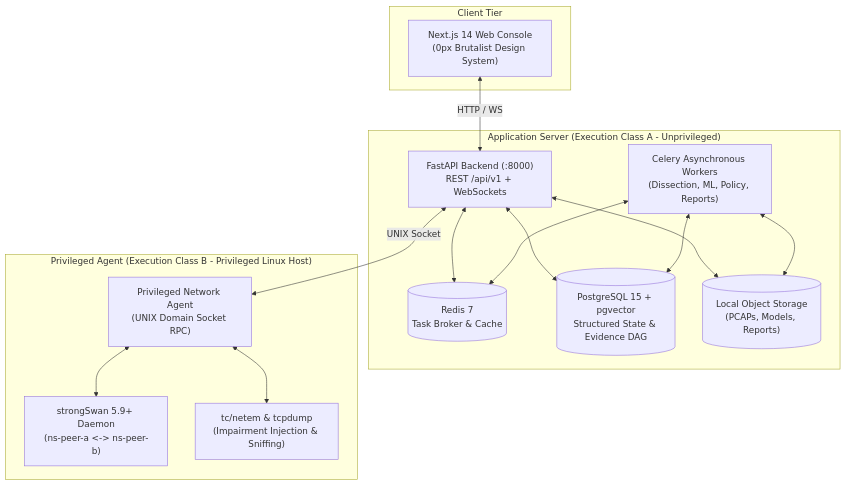
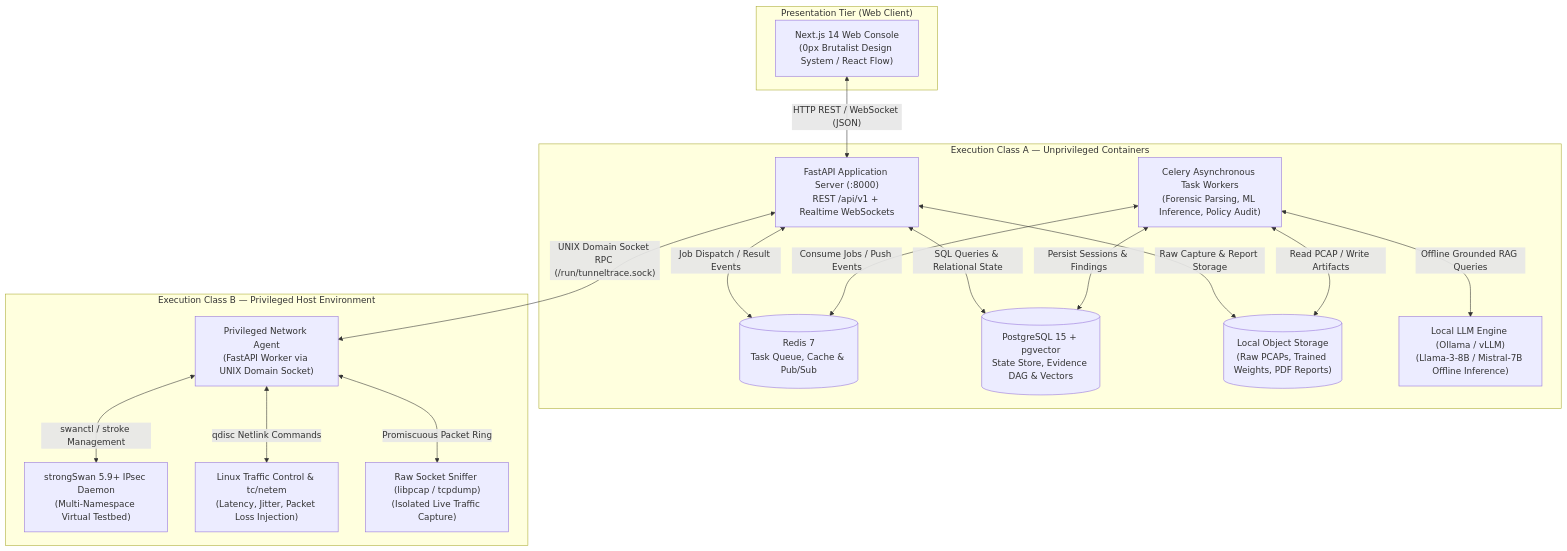
The first of 4 diagrams in README.md (sharancode3/TunnelTrace-AI), drawn with Mermaid before and after one commit. The commit also changed other lines of this file, not shown here.

Commit message:
docs: elevate README.md to world-class industry standard with architectural topologies, ML diagrams, and SIH 2026 runbook

````diff
--- a/README.md
+++ b/README.md
@@ -79,33 +148,35 @@
 ```mermaid
-
 graph TD
-    subgraph Client["Client Tier"]
-        UI["Next.js 14 Web Console<br/>(0px Brutalist Design System)"]
+    subgraph ClientTier ["Presentation Tier (Web Client)"]
+        UI["Next.js 14 Web Console<br/>(0px Brutalist Design System / React Flow)"]
     end
 
-    subgraph AppServer["Application Server (Execution Class A - Unprivileged)"]
-        API["FastAPI Backend (:8000)<br/>REST /api/v1 + WebSockets"]
-        CELERY["Celery Asynchronous Workers<br/>(Dissection, ML, Policy, Reports)"]
-        REDIS[("Redis 7<br/>Task Broker & Cache")]
-        POSTGRES[("PostgreSQL 15 + pgvector<br/>Structured State & Evidence DAG")]
-        STORAGE[("Local Object Storage<br/>(PCAPs, Models, Reports)")]
+    subgraph ClassA ["Execution Class A — Unprivileged Containers"]
+        API["FastAPI Application Server (:8000)<br/>REST /api/v1 + Realtime WebSockets"]
+        CELERY["Celery Asynchronous Task Workers<br/>(Forensic Parsing, ML Inference, Policy Audit)"]
+        REDIS[("Redis 7<br/>Task Queue, Cache & Pub/Sub")]
+        POSTGRES[("PostgreSQL 15 + pgvector<br/>State Store, Evidence DAG & Vectors")]
+        STORAGE[("Local Object Storage<br/>(Raw PCAPs, Trained Weights, PDF Reports)")]
+        LOCAL_LLM["Local LLM Engine (Ollama / vLLM)<br/>(Llama-3-8B / Mistral-7B Offline Inference)"]
     end
 
-    subgraph PrivilegedAgent["Privileged Agent (Execution Class B - Privileged Linux Host)"]
-        AGENT["Privileged Network Agent<br/>(UNIX Domain Socket RPC)"]
-        SWAN["strongSwan 5.9+ Daemon<br/>(ns-peer-a <-> ns-peer-b)"]
-        NETEM["tc/netem & tcpdump<br/>(Impairment Injection & Sniffing)"]
+    subgraph ClassB ["Execution Class B — Privileged Host Environment"]
+        AGENT["Privileged Network Agent<br/>(FastAPI Worker via UNIX Domain Socket)"]
+        SWAN["strongSwan 5.9+ IPsec Daemon<br/>(Multi-Namespace Virtual Testbed)"]
+        NETEM["Linux Traffic Control & tc/netem<br/>(Latency, Jitter, Packet Loss Injection)"]
+        SNIFF["Raw Socket Sniffer (libpcap / tcpdump)<br/>(Isolated Live Traffic Capture)"]
     end
 
-    UI <-->|"HTTP / WS"| API
-    API <--> REDIS
-    API <--> POSTGRES
-    API <--> STORAGE
-    CELERY <--> REDIS
-    CELERY <--> POSTGRES
-    CELERY <--> STORAGE
-    API <-->|"UNIX Socket"| AGENT
-    AGENT <--> SWAN
-    AGENT <--> NETEM
-
+    UI <-->|"HTTP REST / WebSocket (JSON)"| API
+    API <-->|"Job Dispatch / Result Events"| REDIS
+    API <-->|"SQL Queries & Relational State"| POSTGRES
+    API <-->|"Raw Capture & Report Storage"| STORAGE
+    CELERY <-->|"Consume Jobs / Push Events"| REDIS
+    CELERY <-->|"Persist Sessions & Findings"| POSTGRES
+    CELERY <-->|"Read PCAP / Write Artifacts"| STORAGE
+    CELERY <-->|"Offline Grounded RAG Queries"| LOCAL_LLM
+    API <-->|"UNIX Domain Socket RPC (/run/tunneltrace.sock)"| AGENT
+    AGENT <-->|"swanctl / stroke Management"| SWAN
+    AGENT <-->|"qdisc Netlink Commands"| NETEM
+    AGENT <-->|"Promiscuous Packet Ring"| SNIFF
 ```
````
